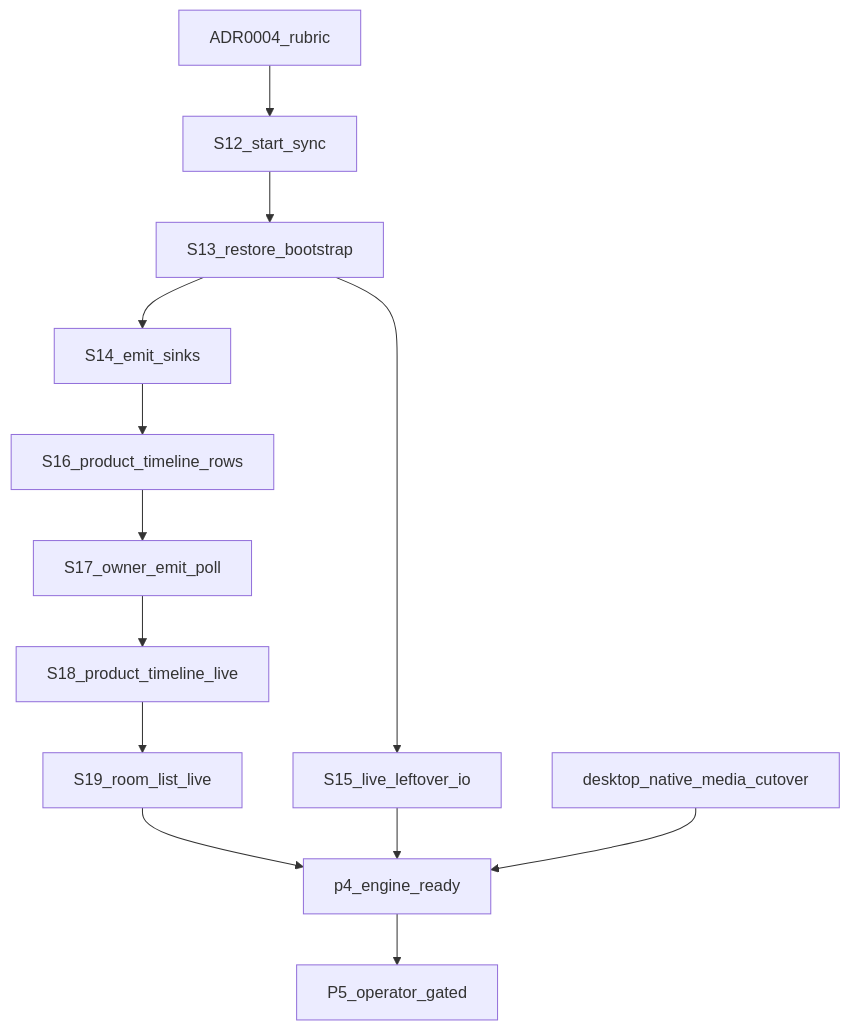
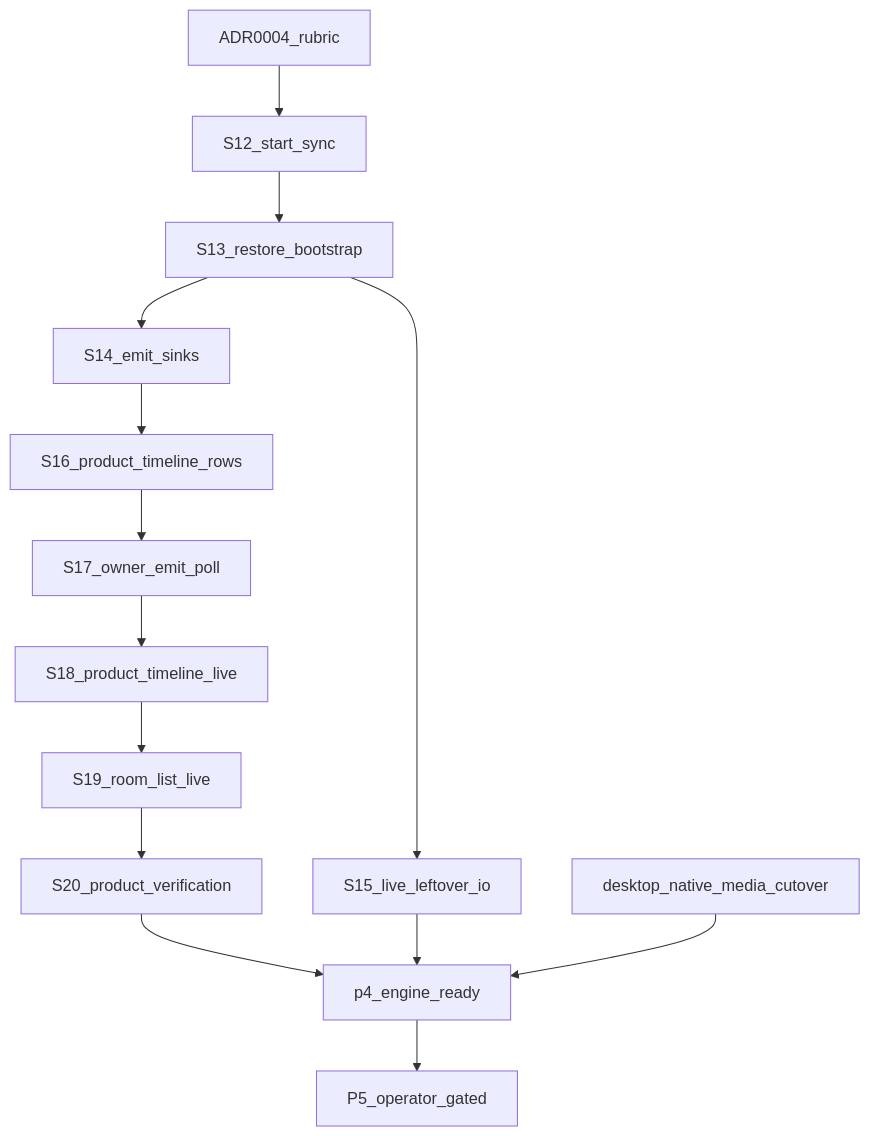
Before and after one commit to nepenth/synara-desktop: the diagram in docs/shared-native-core/13-language-boundary-goal-graph.md, drawn with Mermaid. The commit also changed other lines of this file and 10 other files, not shown here.

````diff
--- a/docs/shared-native-core/13-language-boundary-goal-graph.md
+++ b/docs/shared-native-core/13-language-boundary-goal-graph.md
@@ -46,28 +46,30 @@
 ```mermaid
 flowchart TD
   adr0004[ADR0004_rubric]
   s12[S12_start_sync]
   s13[S13_restore_bootstrap]
   s14[S14_emit_sinks]
   s15[S15_live_leftover_io]
   s16[S16_product_timeline_rows]
   s17[S17_owner_emit_poll]
   s18[S18_product_timeline_live]
   s19[S19_room_list_live]
+  s20[S20_product_verification]
   media[desktop_native_media_cutover]
   done[p4_engine_ready]
   p5[P5_operator_gated]
 
   adr0004 --> s12
   s12 --> s13
   s13 --> s14
   s13 --> s15
   s14 --> s16
   s16 --> s17
   s17 --> s18
   s18 --> s19
-  s19 --> done
+  s19 --> s20
+  s20 --> done
   s15 --> done
   media --> done
   done --> p5
 ```
````
